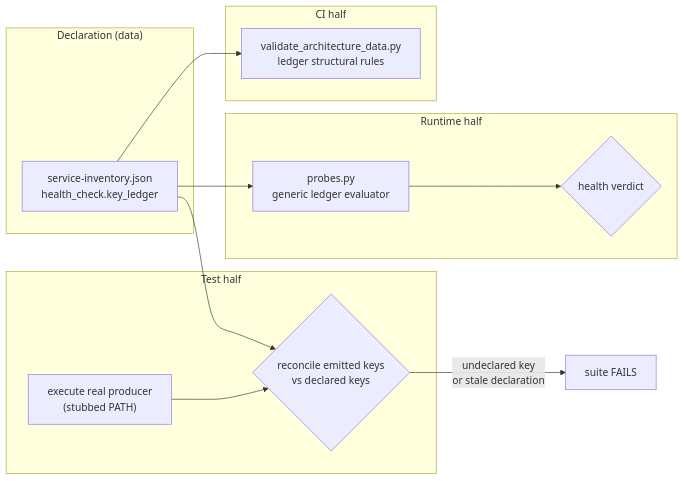
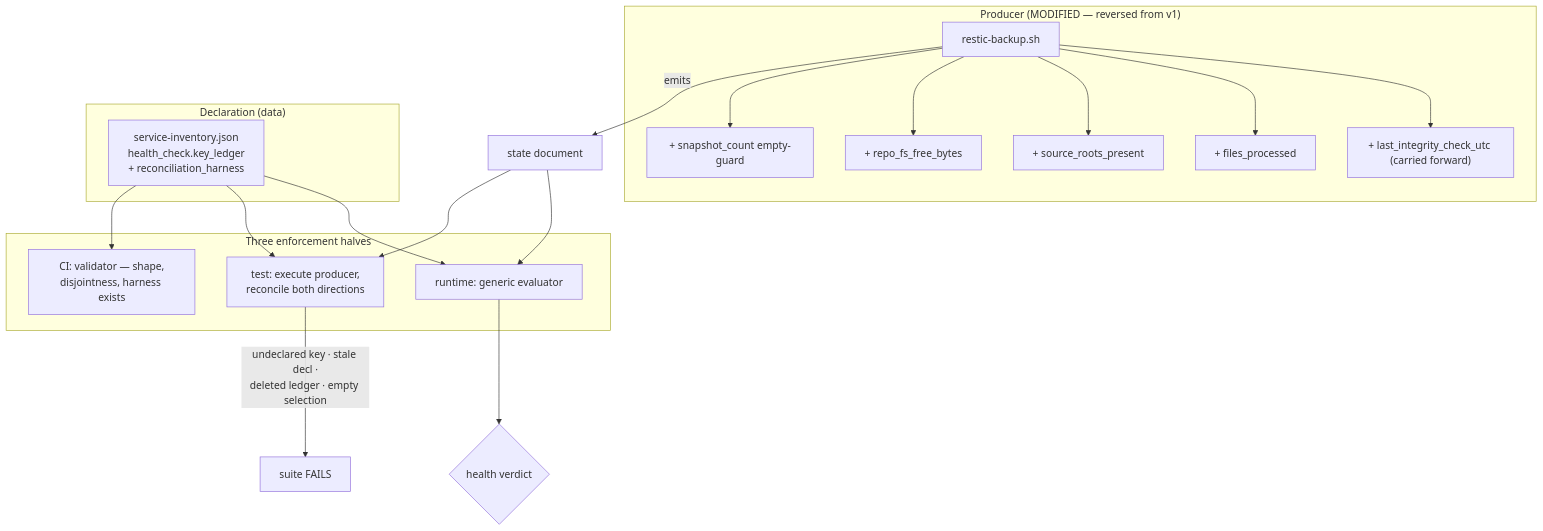
One commit to kentonium3/kg-automation changed the diagram in kitty-specs/pointer-key-ledger-01M189P6/plan.md. Above: the diagram before and after it, drawn with Mermaid. The commit also changed other lines of this file and 5 other files, not shown here.

First line of the commit message:
docs(plan): revise pointer-key-ledger planning artifacts after the post-plan review

````diff
--- a/kitty-specs/pointer-key-ledger-01M189P6/plan.md
+++ b/kitty-specs/pointer-key-ledger-01M189P6/plan.md
@@ -28,22 +35,25 @@
 ```mermaid
-flowchart LR
+flowchart TB
+    subgraph prod["Producer (MODIFIED — reversed from v1)"]
+        P["restic-backup.sh"]
+        P --> K1["+ last_integrity_check_utc (carried forward)"]
+        P --> K2["+ files_processed"]
+        P --> K3["+ source_roots_present"]
+        P --> K4["+ repo_fs_free_bytes"]
+        P --> K5["+ snapshot_count empty-guard"]
+    end
     subgraph decl["Declaration (data)"]
-        INV["service-inventory.json<br/>health_check.key_ledger"]
+        INV["service-inventory.json<br/>health_check.key_ledger<br/>+ reconciliation_harness"]
     end
-    subgraph run["Runtime half"]
-        PR["probes.py<br/>generic ledger evaluator"]
-        H{"health verdict"}
+    subgraph enf["Three enforcement halves"]
+        RT["runtime: generic evaluator"]
+        TS["test: execute producer,<br/>reconcile both directions"]
+        CI["CI: validator — shape,<br/>disjointness, harness exists"]
     end
-    subgraph test["Test half"]
-        EX["execute real producer<br/>(stubbed PATH)"]
-        REC{"reconcile emitted keys<br/>vs declared keys"}
-    end
-    subgraph val["CI half"]
-        V["validate_architecture_data.py<br/>ledger structural rules"]
-    end
-    INV --> PR --> H
-    INV --> REC
-    EX --> REC
-    REC -->|undeclared key<br/>or stale declaration| FAIL["suite FAILS"]
-    INV --> V
+    P -->|emits| DOC["state document"]
+    DOC --> RT
+    DOC --> TS
+    INV --> RT & TS & CI
+    RT --> V{"health verdict"}
+    TS -->|undeclared key · stale decl ·<br/>deleted ledger · empty selection| RED["suite FAILS"]
 ```
````
